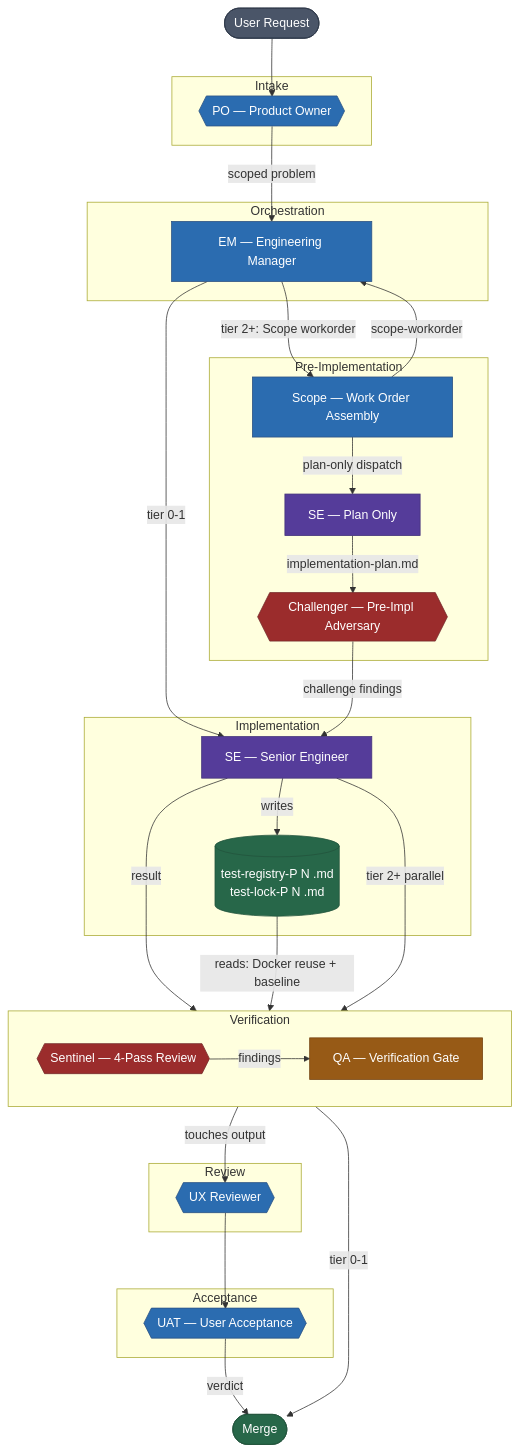
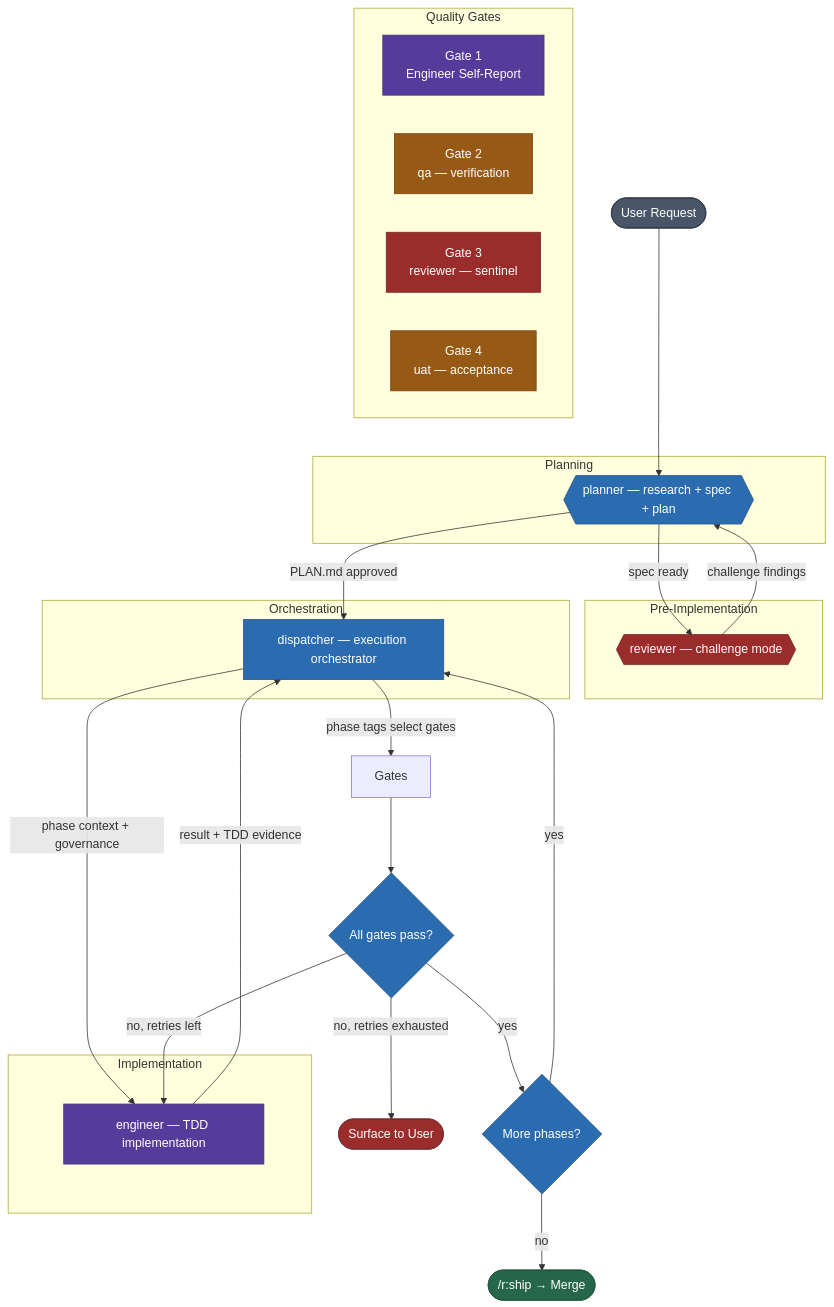
Before and after one commit to rfxn/rdf: the first of 10 diagrams in reference/diagrams.md, drawn with Mermaid. The commit also changed other lines of this file and 3 other files, not shown here.

First line of the commit message:
Update all documentation and diagrams for RDF 3.0

````diff
--- a/reference/diagrams.md
+++ b/reference/diagrams.md
@@ -10,78 +10,66 @@
 ```mermaid
 flowchart TD
     User([User Request])
 
-    User --> PO
+    User --> Planner
 
-    subgraph Intake
-        PO{{PO — Product Owner}}
+    subgraph Planning
+        Planner{{planner — research + spec + plan}}
     end
 
-    PO -->|scoped problem| EM
+    Planner -->|spec ready| ReviewChallenge
+
+    subgraph Pre-Implementation
+        ReviewChallenge{{reviewer — challenge mode}}
+    end
+
+    ReviewChallenge -->|challenge findings| Planner
+    Planner -->|PLAN.md approved| Dispatcher
 
     subgraph Orchestration
-        EM[EM — Engineering Manager]
+        Dispatcher[dispatcher — execution orchestrator]
     end
 
-    EM -->|tier 2+: Scope workorder| Scope
-    EM -->|tier 0-1| SE
+    Dispatcher -->|phase context + governance| Engineer
 
-    subgraph Pre-Implementation
-        Scope[Scope — Work Order Assembly]
-        Scope -->|plan-only dispatch| SEPlan[SE — Plan Only]
-        SEPlan -->|implementation-plan.md| Challenger
-        Challenger{{Challenger — Pre-Impl Adversary}}
+    subgraph Implementation
+        Engineer[engineer — TDD implementation]
     end
 
-    Challenger -->|challenge findings| SE
-    Scope -->|scope-workorder| EM
+    Engineer -->|result + TDD evidence| Dispatcher
 
-    subgraph Implementation
-        SE[SE — Senior Engineer]
-        Registry[(test-registry-P N .md\ntest-lock-P N .md)]
+    Dispatcher -->|phase tags select gates| Gates
+
+    subgraph Quality Gates
+        direction LR
+        Gate1[Gate 1\nEngineer Self-Report]
+        Gate2[Gate 2\nqa — verification]
+        Gate3[Gate 3\nreviewer — sentinel]
+        Gate4[Gate 4\nuat — acceptance]
     end
 
-    SE -->|writes| Registry
-    SE -->|result| QAGate
+    Gates --> GateDecision{All gates pass?}
 
-    subgraph Verification
-        direction LR
-        QAGate[QA — Verification Gate]
-        Sentinel{{Sentinel — 4-Pass Review}}
-    end
+    GateDecision -->|yes| NextPhase{More phases?}
+    GateDecision -->|no, retries left| Engineer
+    GateDecision -->|no, retries exhausted| UserEscalation([Surface to User])
 
-    Registry -->|reads: Docker reuse + baseline| QAGate
-    SE -->|tier 2+ parallel| Sentinel
-    Sentinel -->|findings| QAGate
+    NextPhase -->|yes| Dispatcher
+    NextPhase -->|no| Ship
 
-    QAGate -->|touches output| UX
-
-    subgraph Review
-        UX{{UX Reviewer}}
-    end
-
-    UX --> UAT
-
-    subgraph Acceptance
-        UAT{{UAT — User Acceptance}}
-    end
-
-    UAT -->|verdict| Merge
-    QAGate -->|tier 0-1| Merge
-
-    Merge([Merge])
+    Ship([/r:ship → Merge])
 
     style User fill:#4a5568,color:#fff,stroke:#2d3748
-    style Merge fill:#276749,color:#fff,stroke:#22543d
-    style SE fill:#553c9a,color:#fff,stroke:#44337a
-    style SEPlan fill:#553c9a,color:#fff,stroke:#44337a
-    style EM fill:#2b6cb0,color:#fff,stroke:#2c5282
-    style QAGate fill:#975a16,color:#fff,stroke:#744210
-    style Sentinel fill:#9b2c2c,color:#fff,stroke:#742a2a
-    style Challenger fill:#9b2c2c,color:#fff,stroke:#742a2a
-    style PO fill:#2b6cb0,color:#fff,stroke:#2c5282
-    style Scope fill:#2b6cb0,color:#fff,stroke:#2c5282
-    style UX fill:#2b6cb0,color:#fff,stroke:#2c5282
-    style UAT fill:#2b6cb0,color:#fff,stroke:#2c5282
-    style Registry fill:#276749,color:#fff,stroke:#22543d
+    style Ship fill:#276749,color:#fff,stroke:#22543d
+    style UserEscalation fill:#9b2c2c,color:#fff,stroke:#742a2a
+    style Planner fill:#2b6cb0,color:#fff,stroke:#2c5282
+    style ReviewChallenge fill:#9b2c2c,color:#fff,stroke:#742a2a
+    style Dispatcher fill:#2b6cb0,color:#fff,stroke:#2c5282
+    style Engineer fill:#553c9a,color:#fff,stroke:#44337a
+    style Gate1 fill:#553c9a,color:#fff,stroke:#44337a
+    style Gate2 fill:#975a16,color:#fff,stroke:#744210
+    style Gate3 fill:#9b2c2c,color:#fff,stroke:#742a2a
+    style Gate4 fill:#975a16,color:#fff,stroke:#744210
+    style GateDecision fill:#2b6cb0,color:#fff,stroke:#2c5282
+    style NextPhase fill:#2b6cb0,color:#fff,stroke:#2c5282
 ```
````
